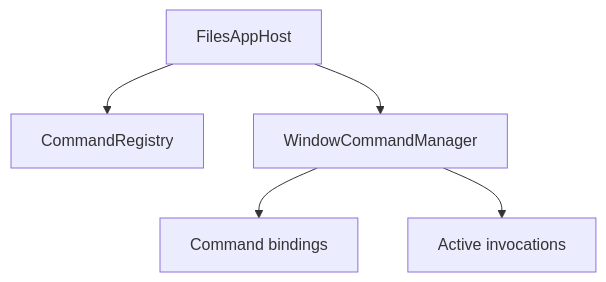
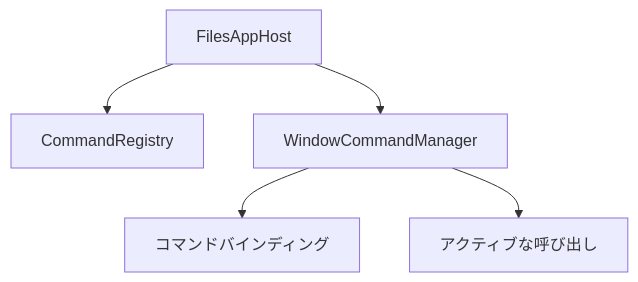
One commit to 0x5bfa/Files changed the third of 3 diagrams in docs/architecture/commands.md. Above: the diagram before and after it, drawn with Mermaid. The commit also changed other lines of this file and 18 other files, not shown here.

Commit message:
Translate architecture docs to Japanese

````diff
--- a/docs/architecture/commands.md
+++ b/docs/architecture/commands.md
@@ -404,13 +354,13 @@
 ```mermaid
 flowchart TB
     Host["FilesAppHost"]
     Registry["CommandRegistry"]
     Window["WindowCommandManager"]
-    Bindings["Command bindings"]
-    Invocations["Active invocations"]
+    Bindings["コマンドバインディング"]
+    Invocations["アクティブな呼び出し"]
 
     Host --> Registry
     Host --> Window
     Window --> Bindings
     Window --> Invocations
 ```
````
